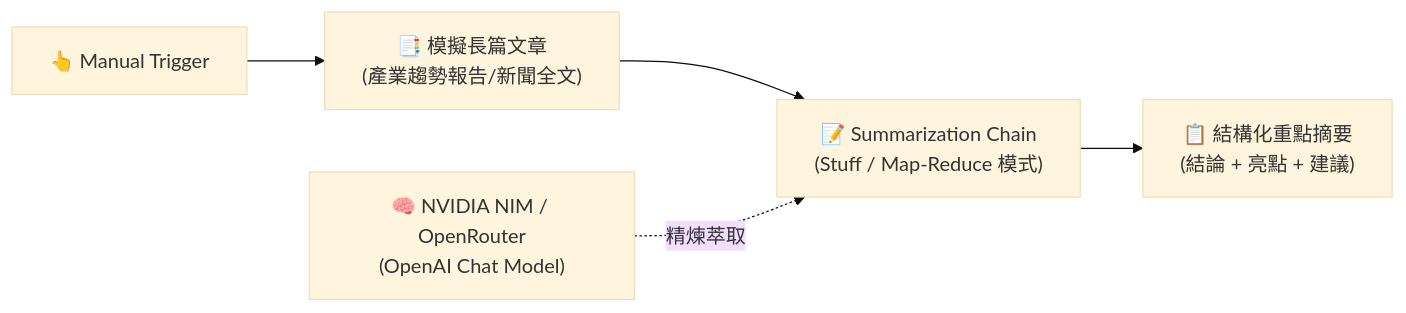
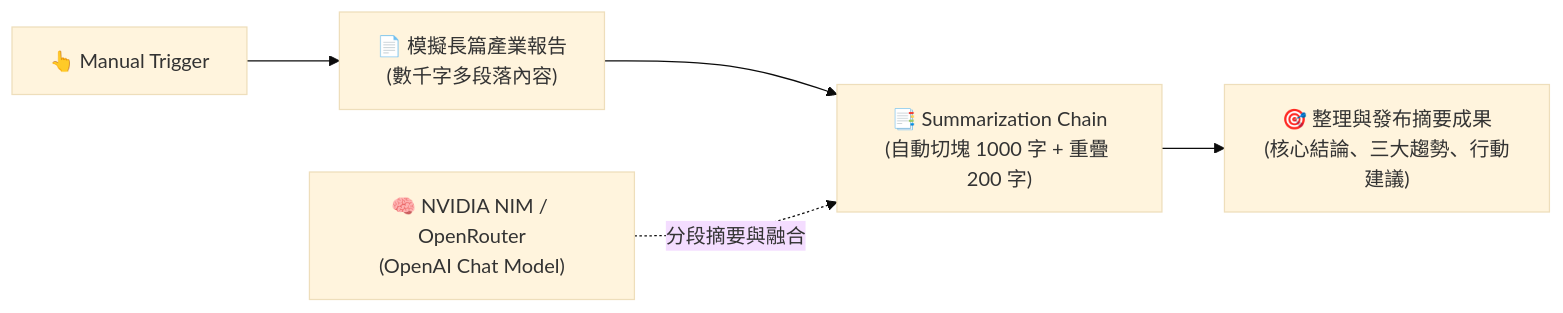
Before and after one commit to roberthsu2003/n8n: the diagram in AI_Agent/階段一_基礎專用AI節點/Summarization_Chain/README.md, drawn with Mermaid (base theme). The commit also changed other lines of this file and 1 other file, not shown here.

````diff
--- a/AI_Agent/階段一_基礎專用AI節點/Summarization_Chain/README.md
+++ b/AI_Agent/階段一_基礎專用AI節點/Summarization_Chain/README.md
@@ -19,7 +17,7 @@
 ```mermaid
 flowchart LR
-    Trigger["👆 Manual Trigger"] --> Article["📑 模擬長篇文章<br/>(產業趨勢報告/新聞全文)"]
-    Article --> Summarizer["📝 Summarization Chain<br/>(Stuff / Map-Reduce 模式)"]
-    Model["🧠 NVIDIA NIM / OpenRouter<br/>(OpenAI Chat Model)"] -.->|精煉萃取| Summarizer
-    Summarizer --> Output["📋 結構化重點摘要<br/>(結論 + 亮點 + 建議)"]
+    Trigger["👆 Manual Trigger"] --> Doc["📄 模擬長篇產業報告<br/>(數千字多段落內容)"]
+    Doc --> Chain["📑 Summarization Chain<br/>(自動切塊 1000 字 + 重疊 200 字)"]
+    Model["🧠 NVIDIA NIM / OpenRouter<br/>(OpenAI Chat Model)"] -.->|分段摘要與融合| Chain
+    Chain --> Output["🎯 整理與發布摘要成果<br/>(核心結論、三大趨勢、行動建議)"]
 ```
````
